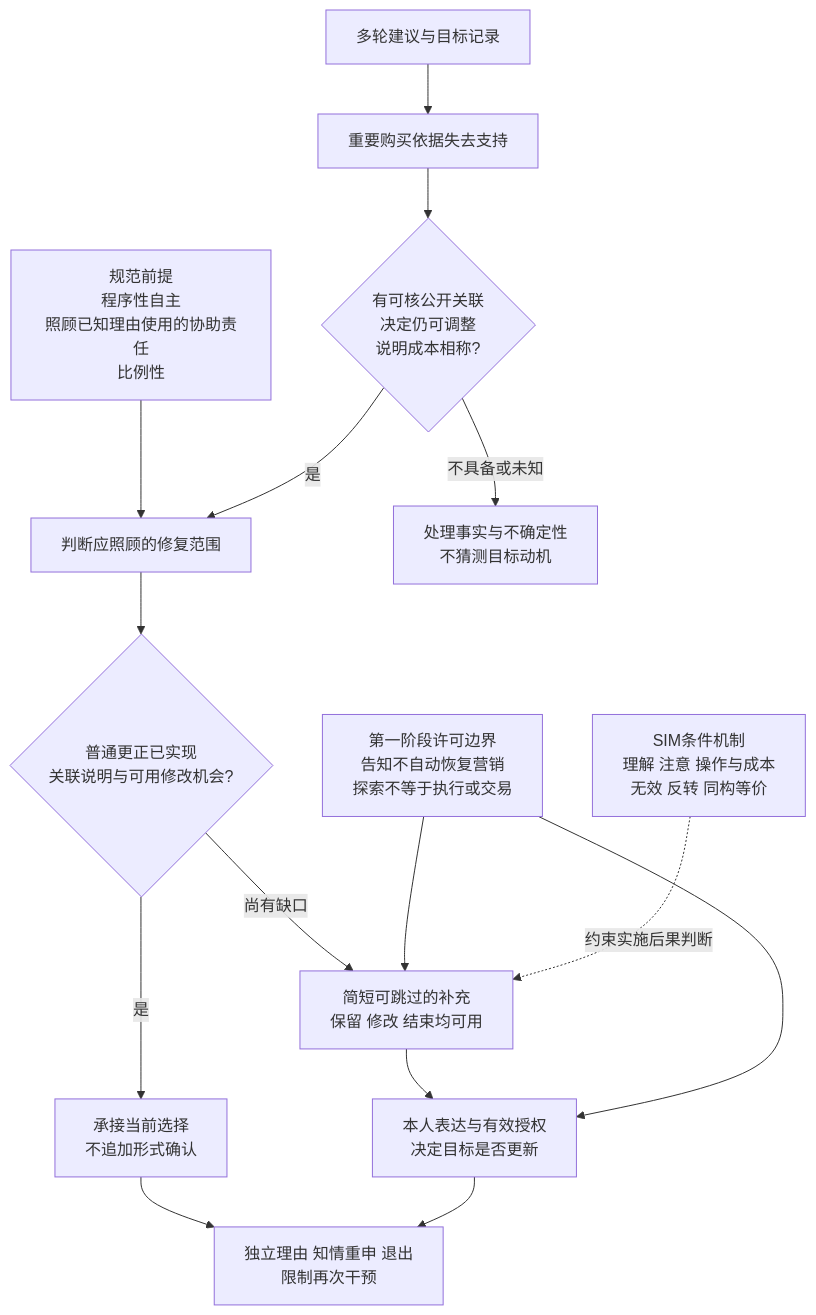
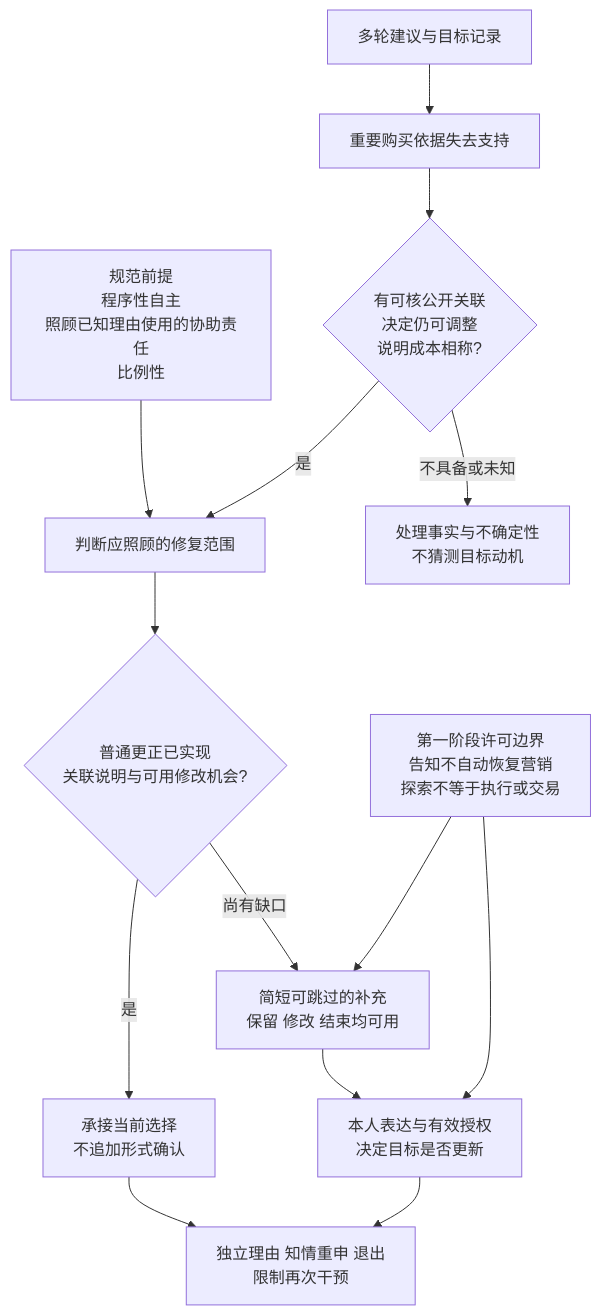
Before and after one commit to zyj123-ENG/AI-: the diagram in research/phase2_argument_blueprint_20261029/参赛报告蓝图_可审阅.md, drawn with Mermaid. The commit also changed other lines of this file and 249 other files, not shown here.

````diff
--- a/research/phase2_argument_blueprint_20261029/参赛报告蓝图_可审阅.md
+++ b/research/phase2_argument_blueprint_20261029/参赛报告蓝图_可审阅.md
@@ -106,17 +106,16 @@
 ```mermaid
 flowchart TD
     A[多轮建议与目标记录] --> B[重要购买依据失去支持]
     B --> C{有可核公开关联<br/>决定仍可调整<br/>说明成本相称?}
     P[规范前提<br/>程序性自主<br/>照顾已知理由使用的协助责任<br/>比例性] --> D[判断应照顾的修复范围]
     C -->|是| D
     C -->|不具备或未知| X[处理事实与不确定性<br/>不猜测目标动机]
     D --> E{普通更正已实现<br/>关联说明与可用修改机会?}
     E -->|是| F[承接当前选择<br/>不追加形式确认]
     E -->|尚有缺口| G[简短可跳过的补充<br/>保留 修改 结束均可用]
     G --> H[本人表达与有效授权<br/>决定目标是否更新]
     F --> I[独立理由 知情重申 退出<br/>限制再次干预]
     H --> I
     J[第一阶段许可边界<br/>告知不自动恢复营销<br/>探索不等于执行或交易] --> G
     J --> H
-    K[SIM条件机制<br/>理解 注意 操作与成本<br/>无效 反转 同构等价] -.约束实施后果判断.-> G
 ```
````
